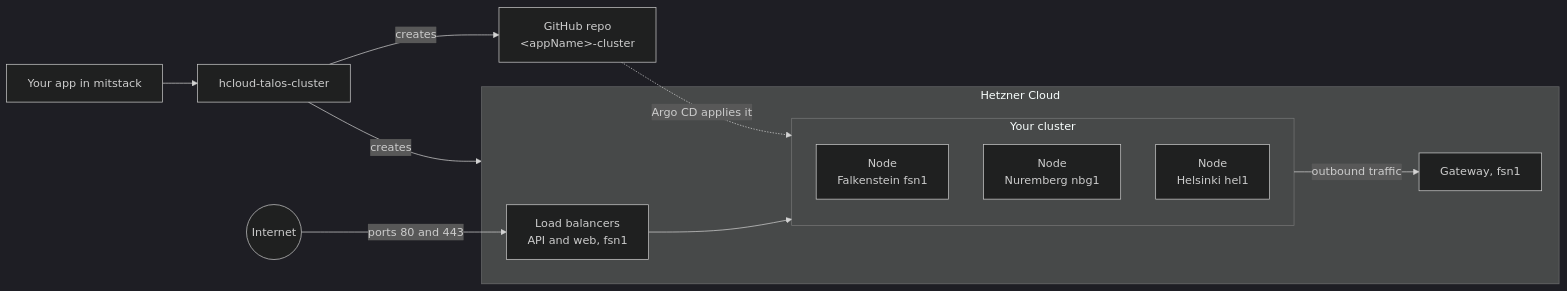
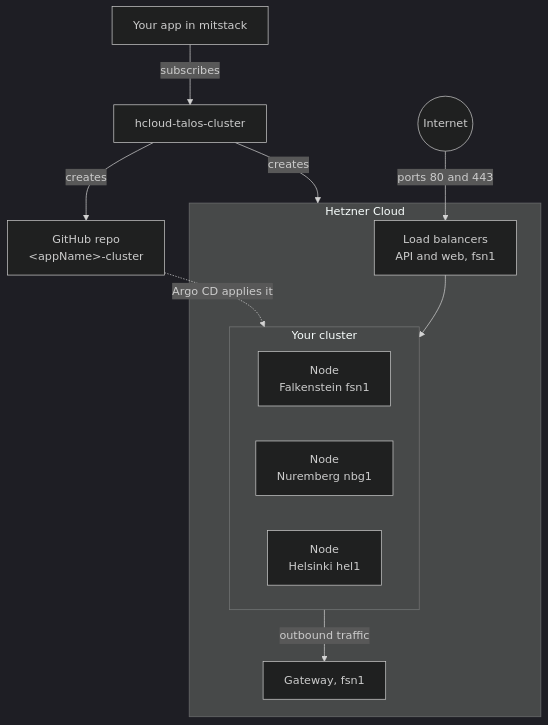
One commit to mitstack-eu/hcloud-talos-cluster changed the first of 2 diagrams in README.md. Above: the diagram before and after it, drawn with Mermaid (dark theme). The commit also changed other lines of this file, not shown here.

Commit message:
MIT-5267: the README's flowchart runs top-down and step 3 says what to commit

````diff
--- a/README.md
+++ b/README.md
@@ -11,19 +11,19 @@
 ```mermaid
-flowchart LR
-    app["Your app in mitstack"] --> block["hcloud-talos-cluster"]
+flowchart TD
+    app["Your app in mitstack"] -- "subscribes" --> block["hcloud-talos-cluster"]
     block -- "creates" --> repo["GitHub repo<br/>#lt;appName#gt;-cluster"]
     block -- "creates" --> hetzner
     subgraph hetzner["Hetzner Cloud"]
         lb["Load balancers<br/>API and web, fsn1"]
         subgraph cluster["Your cluster"]
             n1["Node<br/>Falkenstein fsn1"]
             n2["Node<br/>Nuremberg nbg1"]
             n3["Node<br/>Helsinki hel1"]
         end
         gw["Gateway, fsn1"]
     end
     web(("Internet")) -- "ports 80 and 443" --> lb
     lb --> cluster
     cluster -- "outbound traffic" --> gw
     repo -. "Argo CD applies it" .-> cluster
 ```
````
